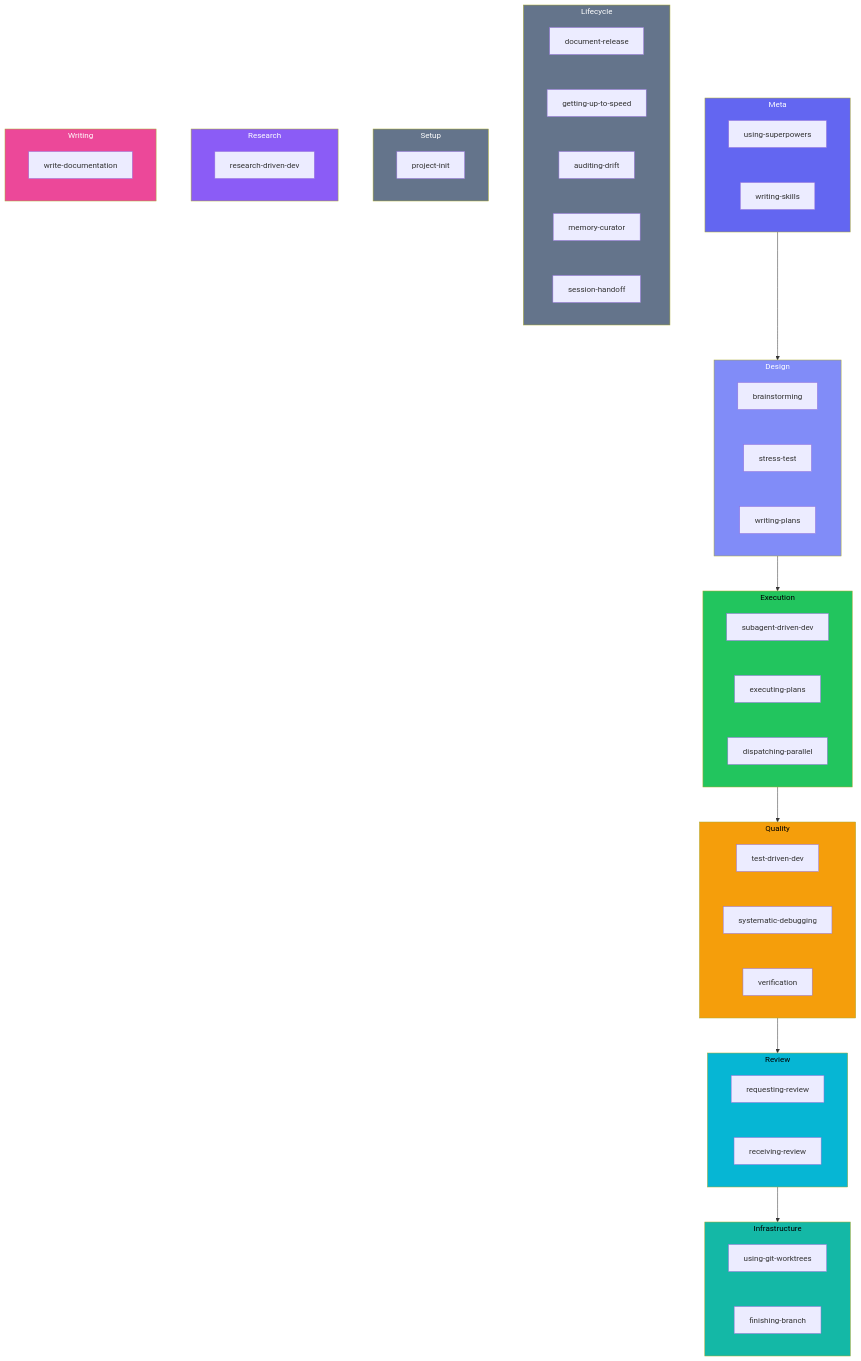
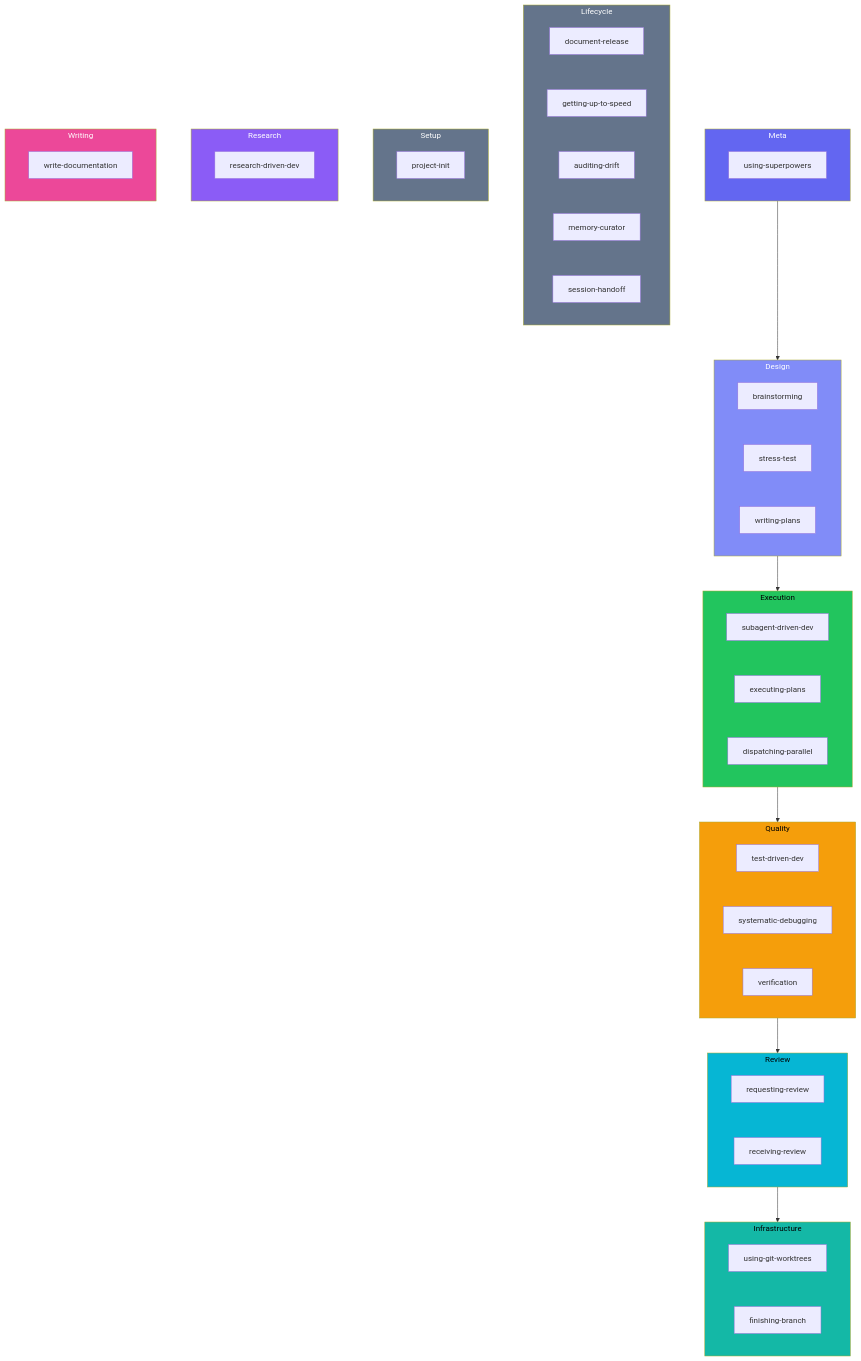
Before and after one commit to DollarDill/beads-superpowers: the first of 2 diagrams in docs/skills.md, drawn with Mermaid. The commit also changed other lines of this file and 10 other files, not shown here.

Commit message:
docs: purge writing-skills from docs/README/CLAUDE/yegge, drop stale setup entry (beads-superpowers-e4w8)

````diff
--- a/docs/skills.md
+++ b/docs/skills.md
@@ -48,69 +48,68 @@
 ```mermaid
 ---
 config:
   flowchart:
     nodeSpacing: 70
     rankSpacing: 70
 ---
 graph TD
   subgraph Meta
     US["using-superpowers"]
-    WS["writing-skills"]
   end
   subgraph Design
     BR["brainstorming"]
     STR["stress-test"]
     WP["writing-plans"]
   end
   subgraph Execution
     SDD["subagent-driven-dev"]
     EP["executing-plans"]
     DPA["dispatching-parallel"]
   end
   subgraph Quality
     TDD["test-driven-dev"]
     SD["systematic-debugging"]
     VBC["verification"]
   end
   subgraph Review
     RCR["requesting-review"]
     REC["receiving-review"]
   end
   subgraph Infra ["Infrastructure"]
     WT["using-git-worktrees"]
     FAB["finishing-branch"]
   end
   subgraph Lifecycle
     DR["document-release"]
     GUS["getting-up-to-speed"]
     AUD["auditing-drift"]
     MC["memory-curator"]
     SH["session-handoff"]
   end
   subgraph Setup
     PI["project-init"]
   end
   subgraph Research
     RDD["research-driven-dev"]
   end
   subgraph Writing
     WD["write-documentation"]
   end
 
   Meta --> Design
   Design --> Execution
   Execution --> Quality
   Quality --> Review
   Review --> Infra
 
   style Meta fill:#6366f1,color:#fff
   style Design fill:#818cf8,color:#fff
   style Execution fill:#22c55e,color:#000
   style Quality fill:#f59e0b,color:#000
   style Review fill:#06b6d4,color:#000
   style Infra fill:#14b8a6,color:#000
   style Lifecycle fill:#64748b,color:#fff
   style Setup fill:#64748b,color:#fff
   style Research fill:#8b5cf6,color:#fff
   style Writing fill:#ec4899,color:#fff
 ```
````
